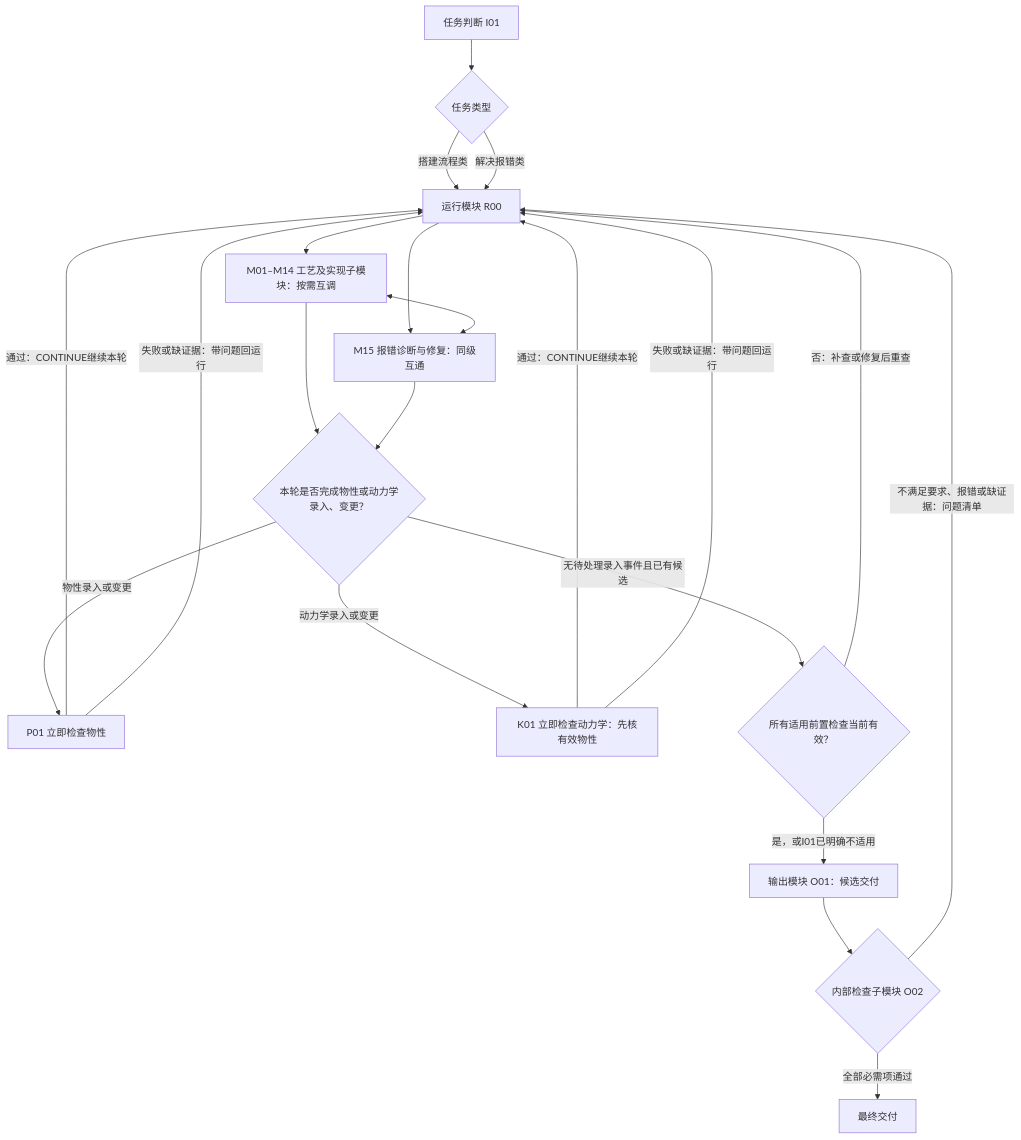
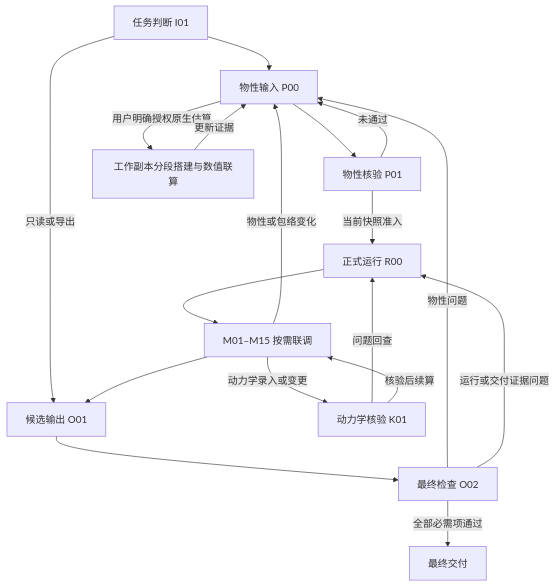
One commit to luxiaoguo0225/SYUCT-GuoJiaXing-Automated-ASPEN-PLUS-skill changed the diagram in README.md. Above: the diagram before and after it, drawn with Mermaid. The commit also changed other lines of this file and 36 other files, not shown here.

Commit message:
Add property preflight and staged flowsheet integration

````diff
--- a/README.md
+++ b/README.md
@@ -26,23 +26,20 @@
 ```mermaid
 flowchart TD
-  I[任务判断 I01] --> T{任务类型}
-  T -->|搭建流程类| R[运行模块 R00]
-  T -->|解决报错类| R
-  R --> B[M01–M14 工艺及实现子模块：按需互调]
-  R --> E[M15 报错诊断与修复：同级互通]
-  B <--> E
-  B --> S{本轮是否完成物性或动力学录入、变更？}
-  E --> S
-  S -->|物性录入或变更| P[P01 立即检查物性]
-  S -->|动力学录入或变更| K[K01 立即检查动力学：先核有效物性]
-  P -->|通过：CONTINUE继续本轮| R
-  K -->|通过：CONTINUE继续本轮| R
-  P -->|失败或缺证据：带问题回运行| R
-  K -->|失败或缺证据：带问题回运行| R
-  S -->|无待处理录入事件且已有候选| G{所有适用前置检查当前有效？}
-  G -->|否：补查或修复后重查| R
-  G -->|是，或I01已明确不适用| O[输出模块 O01：候选交付]
-  O --> C{内部检查子模块 O02}
-  C -->|不满足要求、报错或缺证据：问题清单| R
-  C -->|全部必需项通过| D[最终交付]
+  I[任务判断 I01] --> P[物性输入 P00]
+  I -->|只读或导出| O[候选输出 O01]
+  P --> C[物性核验 P01]
+  C -->|未通过| P
+  P -->|用户明确授权原生估算| N[工作副本分段搭建与数值联算]
+  N -->|更新证据| P
+  C -->|当前快照准入| R[正式运行 R00]
+  R --> B[M01–M15 按需联调]
+  B -->|动力学录入或变更| K[动力学核验 K01]
+  K -->|问题回查| R
+  K -->|核验后续算| B
+  B -->|物性或包络变化| P
+  B --> O
+  O --> F[最终检查 O02]
+  F -->|物性问题| P
+  F -->|运行或交付证据问题| R
+  F -->|全部必需项通过| D[最终交付]
 ```
````
